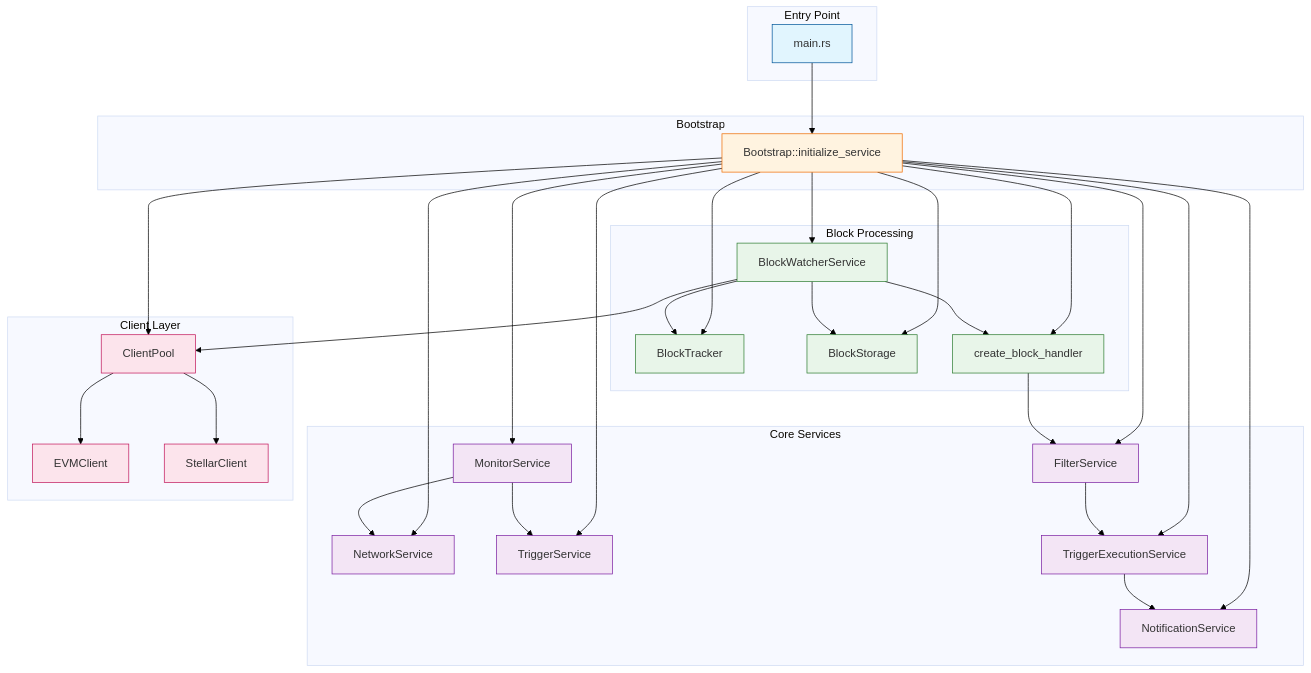
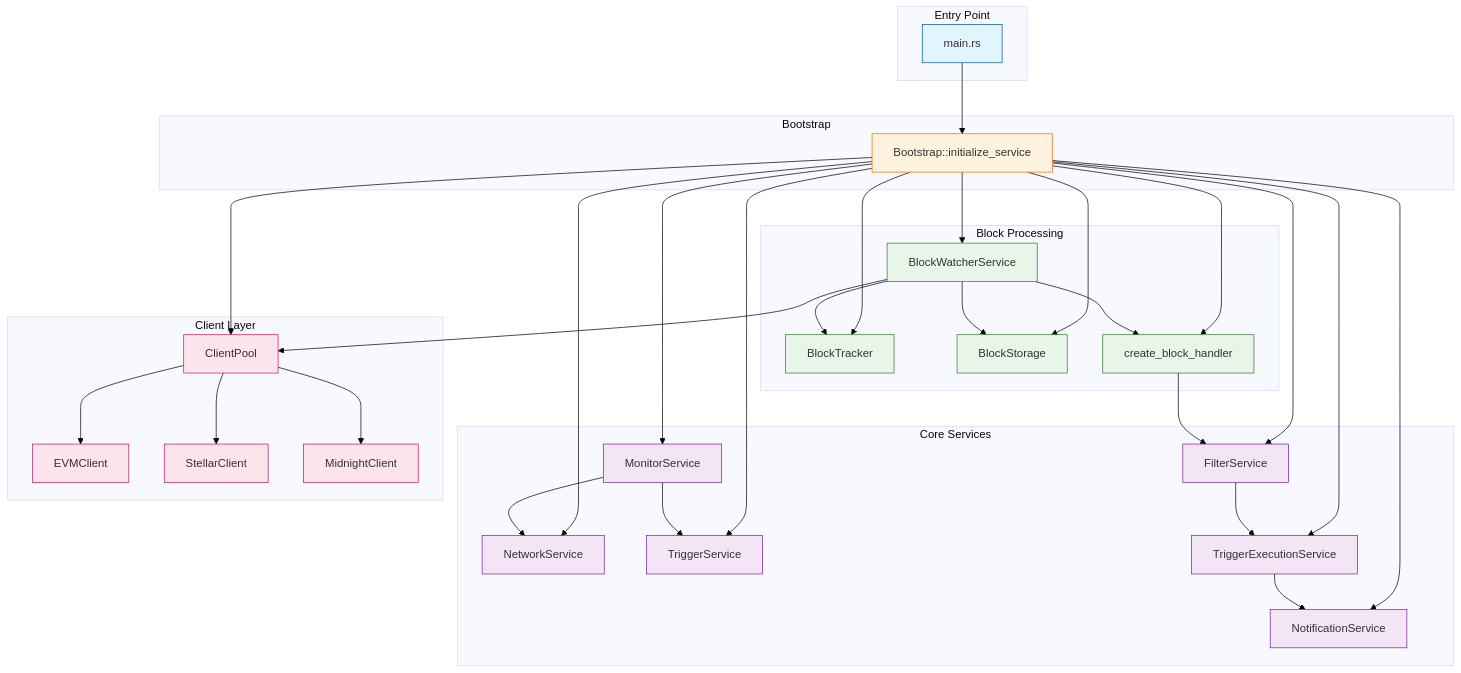
One commit to stevedylandev/openzeppelin-monitor changed the second of 3 diagrams in docs/architecture.mdx. Above: the diagram before and after it, drawn with Mermaid. The commit also changed other lines of this file and 1 other file, not shown here.

Commit message:
docs: Add midnight to readme and architecture diagram (#393)

````diff
--- a/docs/architecture.mdx
+++ b/docs/architecture.mdx
@@ -117,6 +117,7 @@
         CP[ClientPool]
         EVMC[EVMClient]
         SC[StellarClient]
+        MC[MidnightClient]
     end
 
     %% Initialization Flow
@@ -138,6 +139,7 @@
     %% Client Dependencies
     CP --> EVMC
     CP --> SC
+    CP --> MC
     BWS --> CP
 
     %% Service Dependencies
@@ -160,5 +162,5 @@
 
     class BT,BS,BWS,BH blockProcessing
     class MS,NS,TS,FS,TES,NOTS coreServices
-    class CP,EVMC,SC clients
+    class CP,EVMC,SC,MC clients
 ```
````
